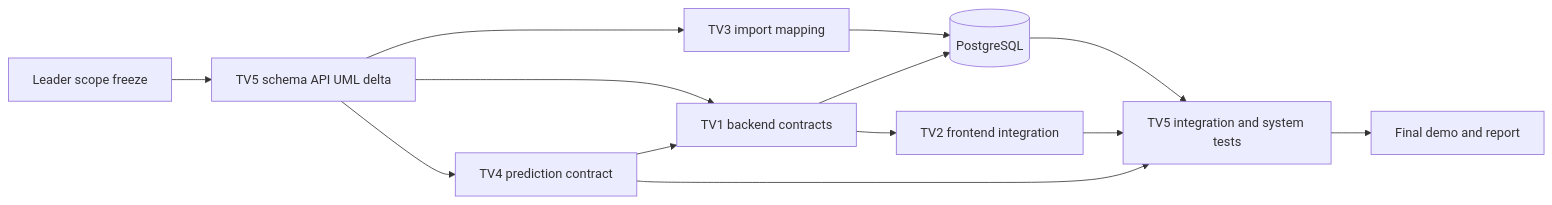
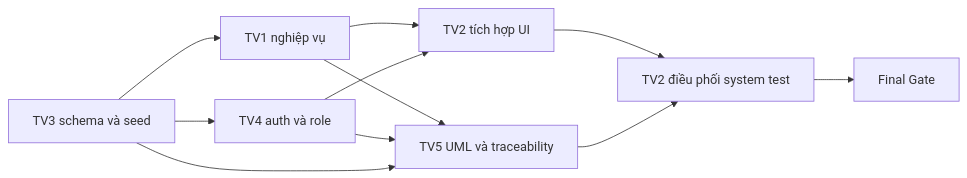
One commit to Trung-Khang/AutoTrade changed the diagram in docs/Project/Workflow_4_Increment.md. Above: the diagram before and after it, drawn with Mermaid. The commit also changed other lines of this file and 19 other files, not shown here.

````diff
--- a/docs/Project/Workflow_4_Increment.md
+++ b/docs/Project/Workflow_4_Increment.md
@@ -255,15 +67,13 @@
 ```mermaid
 flowchart LR
-    L[Leader scope freeze] --> D[TV5 schema API UML delta]
-    D --> B[TV1 backend contracts]
-    D --> C[TV3 import mapping]
-    D --> M[TV4 prediction contract]
-    B --> F[TV2 frontend integration]
-    M --> B
-    C --> DB[(PostgreSQL)]
-    B --> DB
-    DB --> T[TV5 integration and system tests]
-    F --> T
-    M --> T
-    T --> X[Final demo and report]
+    A[TV3 schema và seed] --> B[TV1 nghiệp vụ]
+    A --> C[TV4 auth và role]
+    B --> D[TV2 tích hợp UI]
+    C --> D
+    B --> E[TV5 UML và traceability]
+    C --> E
+    A --> E
+    D --> F[TV2 điều phối system test]
+    E --> F
+    F --> G[Final Gate]
 ```
````
